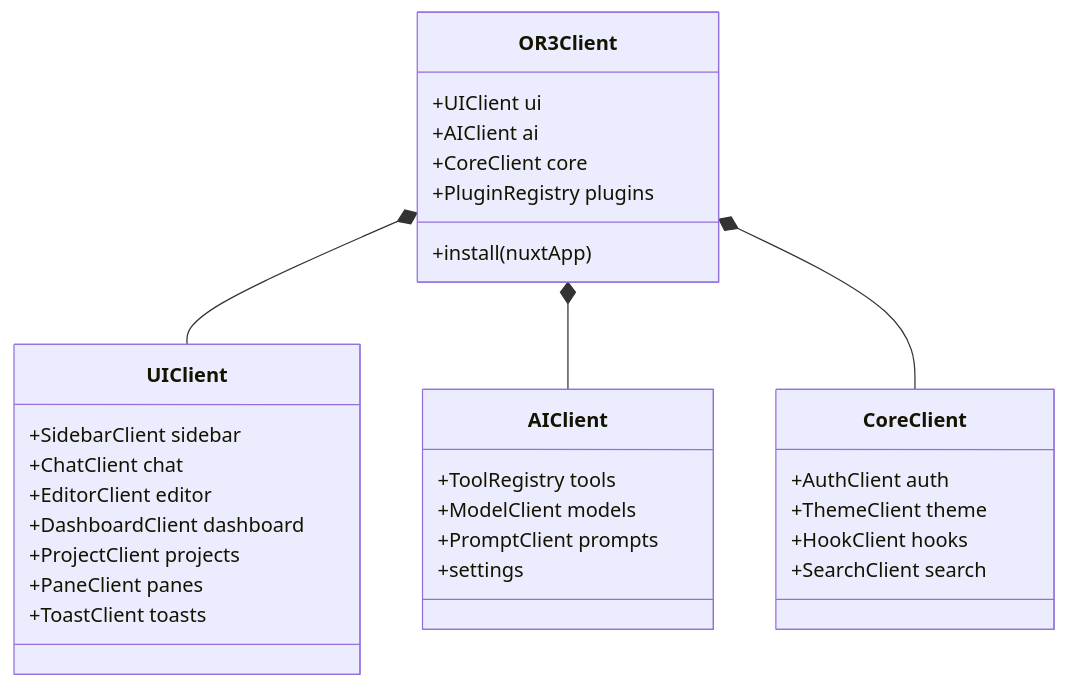
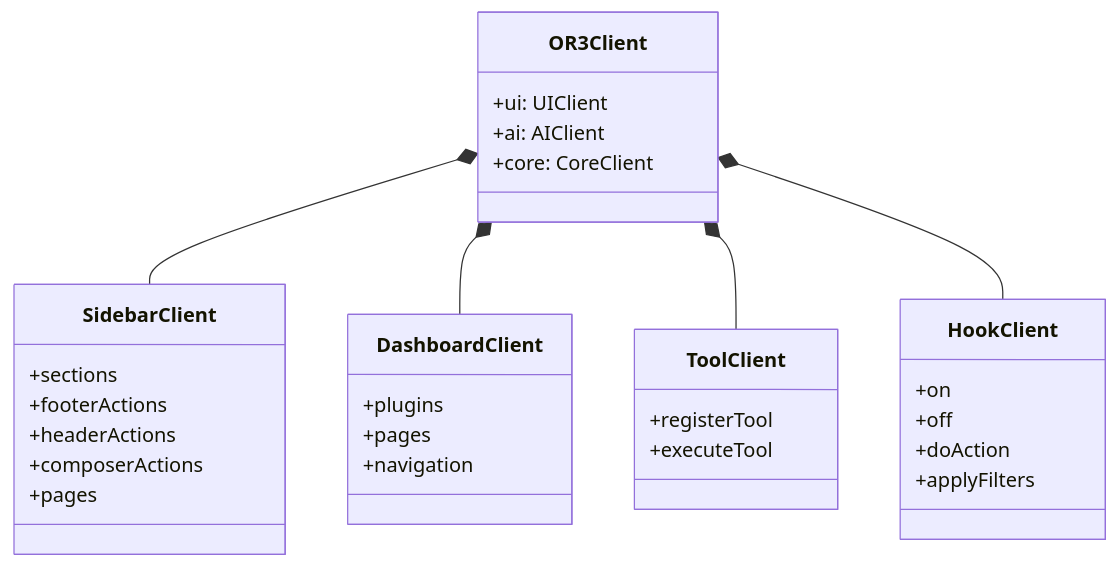
Before and after one commit to Saluana/or3-chat: the second of 2 diagrams in planning/unified-registry/architecture.md, drawn with Mermaid. The commit also changed other lines of this file and 3 other files, not shown here.

````diff
--- a/planning/unified-registry/architecture.md
+++ b/planning/unified-registry/architecture.md
@@ -9,38 +37,35 @@
 ```mermaid
 classDiagram
-    class OR3Client {
-        +UIClient ui
-        +AIClient ai
-        +CoreClient core
-        +PluginRegistry plugins
-        +install(nuxtApp)
-    }
+  class OR3Client {
+    +ui: UIClient
+    +ai: AIClient
+    +core: CoreClient
+  }
+  class SidebarClient {
+    +sections
+    +footerActions
+    +headerActions
+    +composerActions
+    +pages
+  }
+  class DashboardClient {
+    +plugins
+    +pages
+    +navigation
+  }
+  class ToolClient {
+    +registerTool
+    +executeTool
+  }
+  class HookClient {
+    +on
+    +off
+    +doAction
+    +applyFilters
+  }
 
-    class UIClient {
-        +SidebarClient sidebar
-        +ChatClient chat
-        +EditorClient editor
-        +DashboardClient dashboard
-        +ProjectClient projects
-        +PaneClient panes
-        +ToastClient toasts
-    }
-
-    class AIClient {
-        +ToolRegistry tools
-        +ModelClient models
-        +PromptClient prompts
-        +settings
-    }
-
-    class CoreClient {
-        +AuthClient auth
-        +ThemeClient theme
-        +HookClient hooks
-        +SearchClient search
-    }
-
-    OR3Client *-- UIClient
-    OR3Client *-- AIClient
-    OR3Client *-- CoreClient
+  OR3Client *-- SidebarClient
+  OR3Client *-- DashboardClient
+  OR3Client *-- ToolClient
+  OR3Client *-- HookClient
 ```
````
